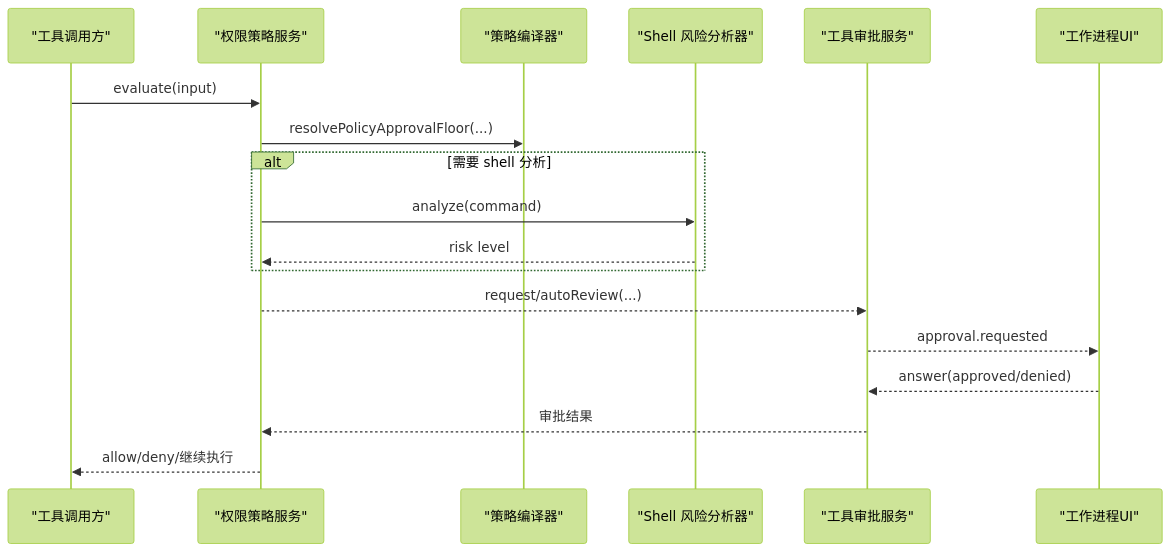
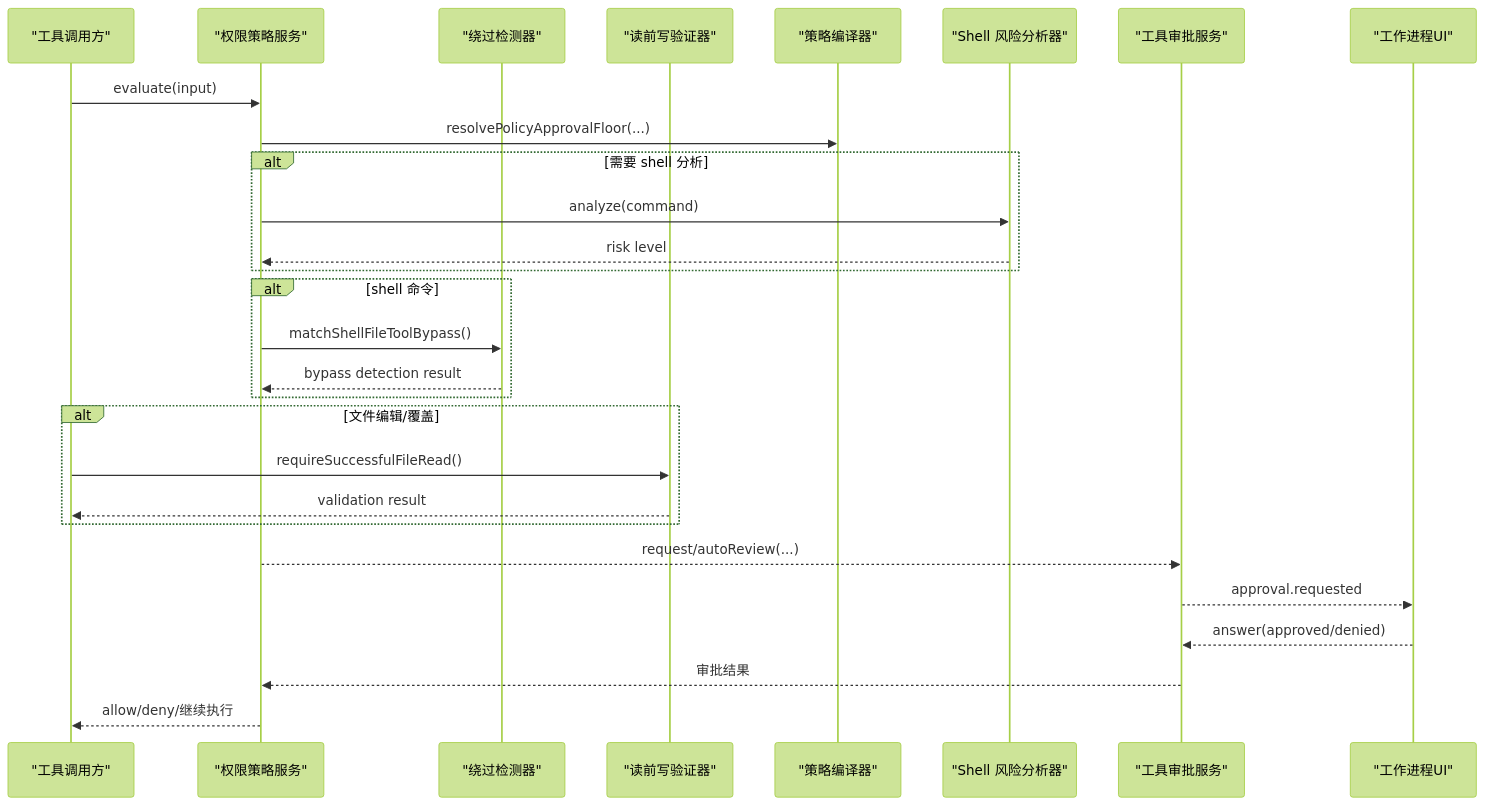
One commit to haolange/RDC-Agent changed the second of 8 diagrams in .qoder/repowiki/zh/content/安全考虑/权限控制系统.md. Above: the diagram before and after it, drawn with Mermaid (forest theme). The commit also changed other lines of this file and 85 other files, not shown here.

````diff
--- a/.qoder/repowiki/zh/content/安全考虑/权限控制系统.md
+++ b/.qoder/repowiki/zh/content/安全考虑/权限控制系统.md
@@ -105,20 +135,30 @@
 ```mermaid
 sequenceDiagram
 participant Tool as "工具调用方"
 participant Policy as "权限策略服务"
+participant Bypass as "绕过检测器"
+participant Validator as "读前写验证器"
 participant Compiler as "策略编译器"
 participant Risk as "Shell 风险分析器"
 participant Approval as "工具审批服务"
 participant UI as "工作进程UI"
 Tool->>Policy : evaluate(input)
 Policy->>Compiler : resolvePolicyApprovalFloor(...)
 alt 需要 shell 分析
 Policy->>Risk : analyze(command)
 Risk-->>Policy : risk level
 end
+alt shell 命令
+Policy->>Bypass : matchShellFileToolBypass()
+Bypass-->>Policy : bypass detection result
+end
+alt 文件编辑/覆盖
+Tool->>Validator : requireSuccessfulFileRead()
+Validator-->>Tool : validation result
+end
 Policy-->>Approval : request/autoReview(...)
 Approval-->>UI : approval.requested
 UI-->>Approval : answer(approved/denied)
 Approval-->>Policy : 审批结果
 Policy-->>Tool : allow/deny/继续执行
 ```
````
